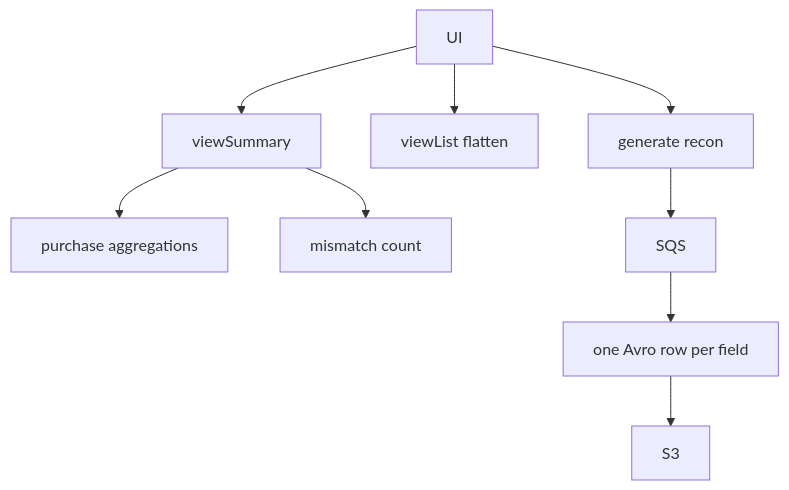
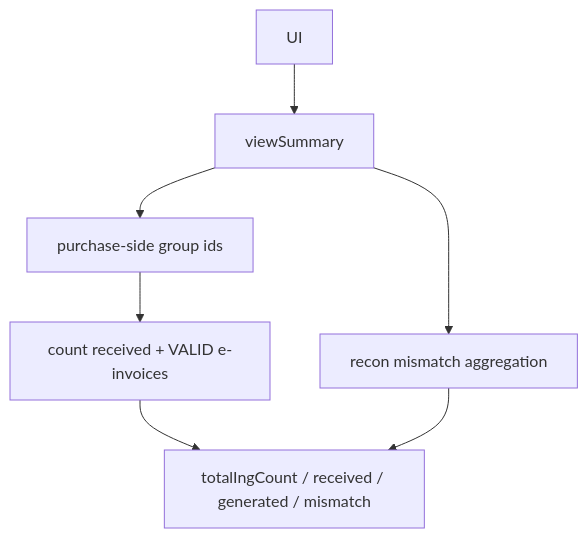
One commit to zekkrron/cs-knowledge-base changed the first of 2 diagrams in Resume/ClearTax/02 - Transactional Reconciliation.md. Above: the diagram before and after it, drawn with Mermaid. The commit also changed other lines of this file and 25 other files, not shown here.

````diff
--- a/Resume/ClearTax/02 - Transactional Reconciliation.md
+++ b/Resume/ClearTax/02 - Transactional Reconciliation.md
@@ -53,11 +71,9 @@
 ```mermaid
 flowchart TD
-    UI --> Sum[viewSummary]
-    Sum --> P[purchase aggregations]
-    Sum --> M[mismatch count]
-    UI --> List[viewList flatten]
-    UI --> CSV[generate recon]
-    CSV --> SQS
-    SQS --> Avro[one Avro row per field]
-    Avro --> S3
+  UI --> Sum[viewSummary]
+  Sum --> P[purchase-side group ids]
+  P --> C[count received + VALID e-invoices]
+  Sum --> M[recon mismatch aggregation]
+  C --> KPI[totalIngCount / received / generated / mismatch]
+  M --> KPI
 ```
````
